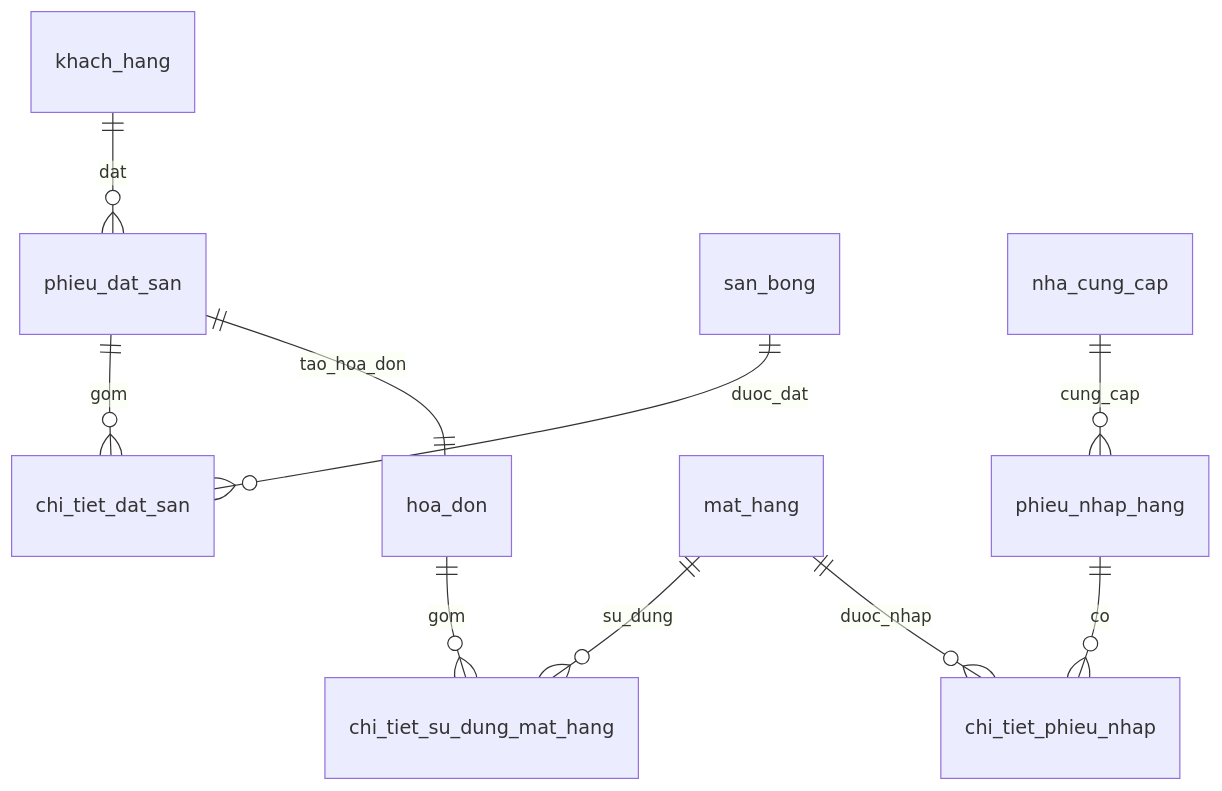
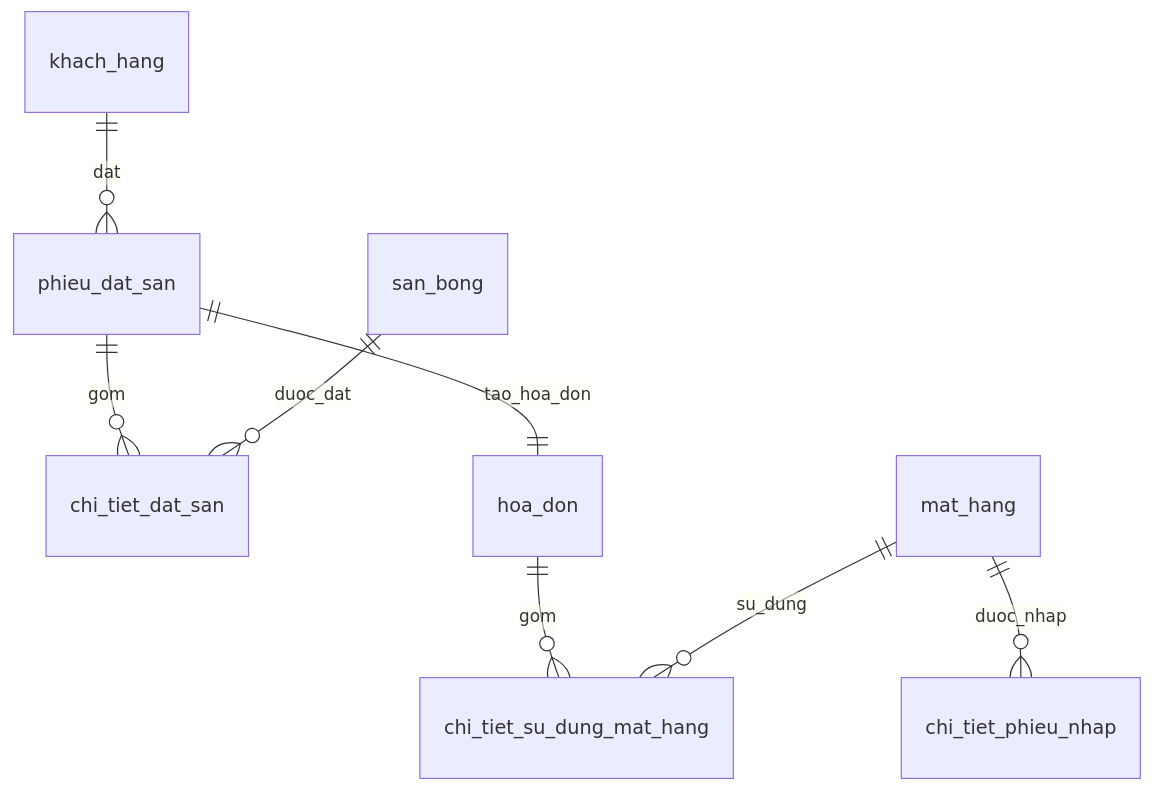
The third of 10 diagrams in BAOCAO.md (hinorashi/qlsb), drawn with Mermaid before and after one commit. The commit also changed other lines of this file, not shown here.

Commit message:
bỏ nhà cung cấp và phiếu nhập

````diff
--- a/BAOCAO.md
+++ b/BAOCAO.md
@@ -149,12 +146,10 @@
 ```mermaid
 erDiagram
     khach_hang ||--o{ phieu_dat_san : dat
     phieu_dat_san ||--o{ chi_tiet_dat_san : gom
     san_bong ||--o{ chi_tiet_dat_san : duoc_dat
     phieu_dat_san ||--|| hoa_don : tao_hoa_don
     hoa_don ||--o{ chi_tiet_su_dung_mat_hang : gom
     mat_hang ||--o{ chi_tiet_su_dung_mat_hang : su_dung
-    nha_cung_cap ||--o{ phieu_nhap_hang : cung_cap
-    phieu_nhap_hang ||--o{ chi_tiet_phieu_nhap : co
     mat_hang ||--o{ chi_tiet_phieu_nhap : duoc_nhap
 ```
````
